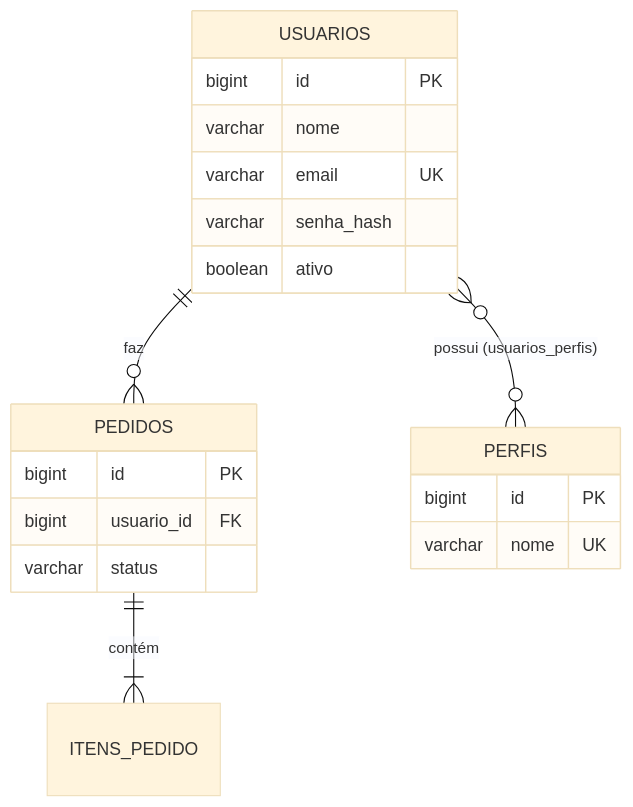
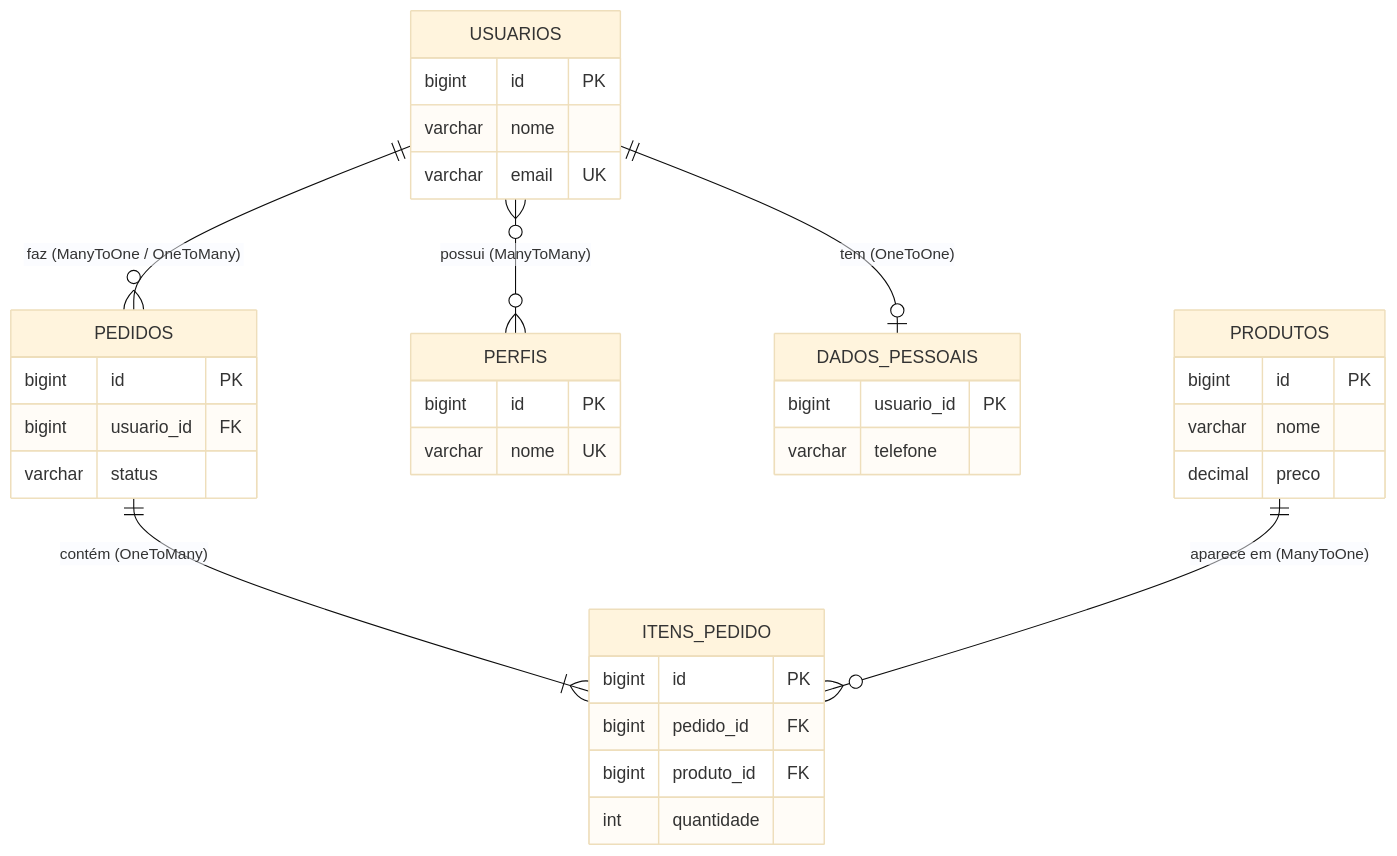
Before and after one commit to Gabriel-Reyes-Boanova/java-annotations: the third of 6 diagrams in spring/entity/entidades.md, drawn with Mermaid (base theme). The commit also changed other lines of this file, not shown here.

````diff
--- a/spring/entity/entidades.md
+++ b/spring/entity/entidades.md
@@ -329,22 +350,37 @@
 ```mermaid
 erDiagram
-    USUARIOS ||--o{ PEDIDOS : "faz"
-    USUARIOS }o--o{ PERFIS : "possui (usuarios_perfis)"
-    PEDIDOS ||--|{ ITENS_PEDIDO : "contém"
+    USUARIOS ||--o{ PEDIDOS : "faz (ManyToOne / OneToMany)"
+    USUARIOS }o--o{ PERFIS : "possui (ManyToMany)"
+    USUARIOS ||--o| DADOS_PESSOAIS : "tem (OneToOne)"
+    PEDIDOS ||--|{ ITENS_PEDIDO : "contém (OneToMany)"
+    PRODUTOS ||--o{ ITENS_PEDIDO : "aparece em (ManyToOne)"
     USUARIOS {
         bigint id PK
         varchar nome
         varchar email UK
-        varchar senha_hash
-        boolean ativo
     }
     PERFIS {
         bigint id PK
         varchar nome UK
+    }
+    DADOS_PESSOAIS {
+        bigint usuario_id PK
+        varchar telefone
     }
     PEDIDOS {
         bigint id PK
         bigint usuario_id FK
         varchar status
     }
+    ITENS_PEDIDO {
+        bigint id PK
+        bigint pedido_id FK
+        bigint produto_id FK
+        int quantidade
+    }
+    PRODUTOS {
+        bigint id PK
+        varchar nome
+        decimal preco
+    }
 ```
````
